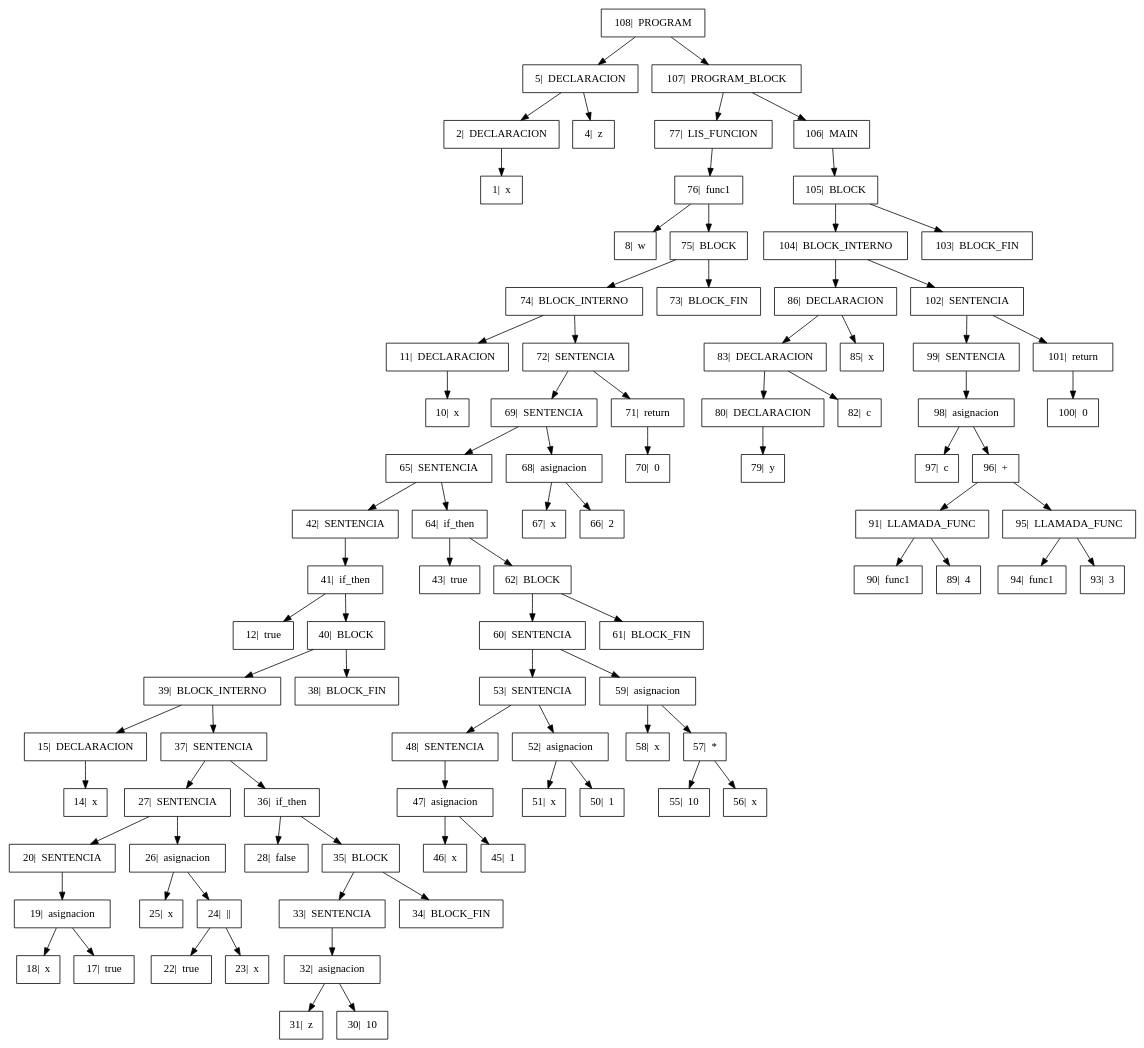
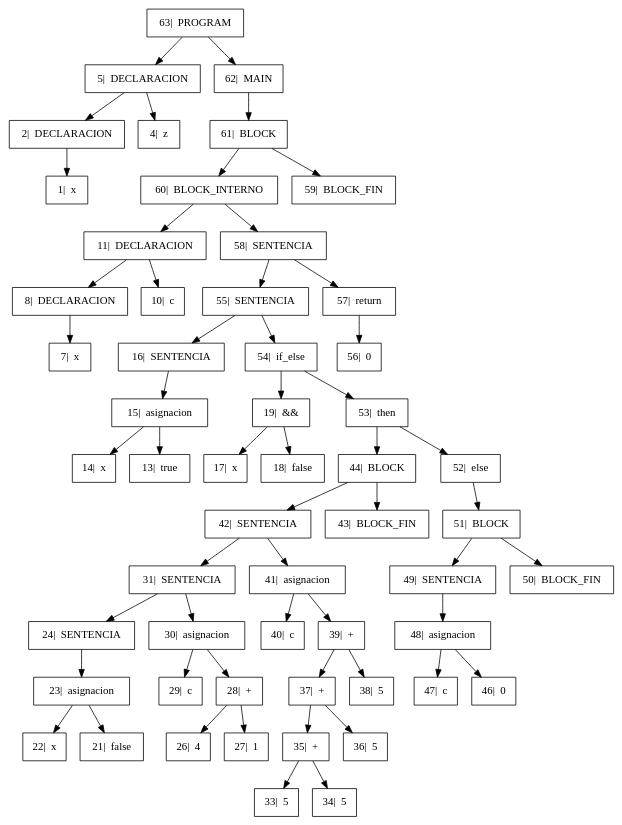
One commit to GiovA07/PRE-PROYECTO-COMPILADORES changed the diagram in Proyecto/output/Arbol.dot. Above: the diagram before and after it, drawn with Graphviz. The commit also changed 6 other files, not shown here.

```diff
--- a/Proyecto/output/Arbol.dot
+++ b/Proyecto/output/Arbol.dot
@@ -1,57 +1,37 @@
 digraph{
 
 rankdir=TB;
 
 node[shape=box];
-"108|  PROGRAM" -> "5|  DECLARACION", "107|  PROGRAM_BLOCK";
+"63|  PROGRAM" -> "5|  DECLARACION", "62|  MAIN";
 "5|  DECLARACION" -> "2|  DECLARACION", "4|  z";
 "2|  DECLARACION" -> "1|  x" ;
-"107|  PROGRAM_BLOCK" -> "77|  LIS_FUNCION", "106|  MAIN";
-"77|  LIS_FUNCION" -> "76|  func1" ;
-"76|  func1" -> "8|  w", "75|  BLOCK";
-"75|  BLOCK" -> "74|  BLOCK_INTERNO", "73|  BLOCK_FIN";
-"74|  BLOCK_INTERNO" -> "11|  DECLARACION", "72|  SENTENCIA";
-"11|  DECLARACION" -> "10|  x" ;
-"72|  SENTENCIA" -> "69|  SENTENCIA", "71|  return";
-"69|  SENTENCIA" -> "65|  SENTENCIA", "68|  asignacion";
-"65|  SENTENCIA" -> "42|  SENTENCIA", "64|  if_then";
-"42|  SENTENCIA" -> "41|  if_then" ;
-"41|  if_then" -> "12|  true", "40|  BLOCK";
-"40|  BLOCK" -> "39|  BLOCK_INTERNO", "38|  BLOCK_FIN";
-"39|  BLOCK_INTERNO" -> "15|  DECLARACION", "37|  SENTENCIA";
-"15|  DECLARACION" -> "14|  x" ;
-"37|  SENTENCIA" -> "27|  SENTENCIA", "36|  if_then";
-"27|  SENTENCIA" -> "20|  SENTENCIA", "26|  asignacion";
-"20|  SENTENCIA" -> "19|  asignacion" ;
-"19|  asignacion" -> "18|  x", "17|  true";
-"26|  asignacion" -> "25|  x", "24|  ||";
-"24|  ||" -> "22|  true", "23|  x";
-"36|  if_then" -> "28|  false", "35|  BLOCK";
-"35|  BLOCK" -> "33|  SENTENCIA", "34|  BLOCK_FIN";
-"33|  SENTENCIA" -> "32|  asignacion" ;
-"32|  asignacion" -> "31|  z", "30|  10";
-"64|  if_then" -> "43|  true", "62|  BLOCK";
-"62|  BLOCK" -> "60|  SENTENCIA", "61|  BLOCK_FIN";
-"60|  SENTENCIA" -> "53|  SENTENCIA", "59|  asignacion";
-"53|  SENTENCIA" -> "48|  SENTENCIA", "52|  asignacion";
-"48|  SENTENCIA" -> "47|  asignacion" ;
-"47|  asignacion" -> "46|  x", "45|  1";
-"52|  asignacion" -> "51|  x", "50|  1";
-"59|  asignacion" -> "58|  x", "57|  *";
-"57|  *" -> "55|  10", "56|  x";
-"68|  asignacion" -> "67|  x", "66|  2";
-"71|  return" -> "70|  0" ;
-"106|  MAIN" -> "105|  BLOCK" ;
-"105|  BLOCK" -> "104|  BLOCK_INTERNO", "103|  BLOCK_FIN";
-"104|  BLOCK_INTERNO" -> "86|  DECLARACION", "102|  SENTENCIA";
-"86|  DECLARACION" -> "83|  DECLARACION", "85|  x";
-"83|  DECLARACION" -> "80|  DECLARACION", "82|  c";
-"80|  DECLARACION" -> "79|  y" ;
-"102|  SENTENCIA" -> "99|  SENTENCIA", "101|  return";
-"99|  SENTENCIA" -> "98|  asignacion" ;
-"98|  asignacion" -> "97|  c", "96|  +";
-"96|  +" -> "91|  LLAMADA_FUNC", "95|  LLAMADA_FUNC";
-"91|  LLAMADA_FUNC" -> "90|  func1", "89|  4";
-"95|  LLAMADA_FUNC" -> "94|  func1", "93|  3";
-"101|  return" -> "100|  0" ;
+"62|  MAIN" -> "61|  BLOCK" ;
+"61|  BLOCK" -> "60|  BLOCK_INTERNO", "59|  BLOCK_FIN";
+"60|  BLOCK_INTERNO" -> "11|  DECLARACION", "58|  SENTENCIA";
+"11|  DECLARACION" -> "8|  DECLARACION", "10|  c";
+"8|  DECLARACION" -> "7|  x" ;
+"58|  SENTENCIA" -> "55|  SENTENCIA", "57|  return";
+"55|  SENTENCIA" -> "16|  SENTENCIA", "54|  if_else";
+"16|  SENTENCIA" -> "15|  asignacion" ;
+"15|  asignacion" -> "14|  x", "13|  true";
+"54|  if_else" -> "19|  &&", "53|  then";
+"19|  &&" -> "17|  x", "18|  false";
+"53|  then" -> "44|  BLOCK", "52|  else";
+"44|  BLOCK" -> "42|  SENTENCIA", "43|  BLOCK_FIN";
+"42|  SENTENCIA" -> "31|  SENTENCIA", "41|  asignacion";
+"31|  SENTENCIA" -> "24|  SENTENCIA", "30|  asignacion";
+"24|  SENTENCIA" -> "23|  asignacion" ;
+"23|  asignacion" -> "22|  x", "21|  false";
+"30|  asignacion" -> "29|  c", "28|  +";
+"28|  +" -> "26|  4", "27|  1";
+"41|  asignacion" -> "40|  c", "39|  +";
+"39|  +" -> "37|  +", "38|  5";
+"37|  +" -> "35|  +", "36|  5";
+"35|  +" -> "33|  5", "34|  5";
+"52|  else" -> "51|  BLOCK" ;
+"51|  BLOCK" -> "49|  SENTENCIA", "50|  BLOCK_FIN";
+"49|  SENTENCIA" -> "48|  asignacion" ;
+"48|  asignacion" -> "47|  c", "46|  0";
+"57|  return" -> "56|  0" ;
 }
```
